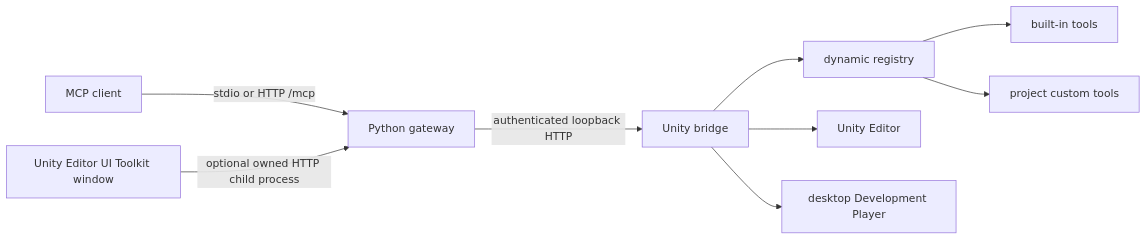
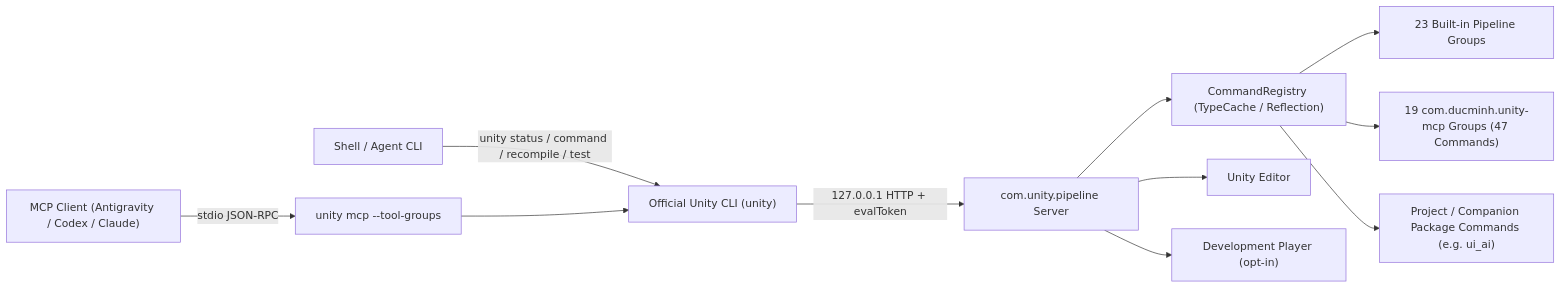
The diagram in docs/architecture.md (ducminh1307/UnityMCP), drawn with Mermaid before and after one commit. The commit also changed other lines of this file and 204 other files, not shown here.

First line of the commit message:
refactor: migrate UnityMCP to Unity Pipeline CLI suite and decouple UI Maker

````diff
--- a/docs/architecture.md
+++ b/docs/architecture.md
@@ -7,11 +9,13 @@
 ```mermaid
 flowchart LR
-    Client["MCP client"] -->|"stdio or HTTP /mcp"| Gateway["Python gateway"]
-    EditorUi["Unity Editor UI Toolkit window"] -->|"optional owned HTTP child process"| Gateway
-    Gateway -->|"authenticated loopback HTTP"| Bridge["Unity bridge"]
-    Bridge --> Registry["dynamic registry"]
-    Registry --> Builtins["built-in tools"]
-    Registry --> Project["project custom tools"]
-    Bridge --> Editor["Unity Editor"]
-    Bridge --> Player["desktop Development Player"]
+    Shell["Shell / Agent CLI"] -->|"unity status / command / recompile / test"| UnityCli["Official Unity CLI (unity)"]
+    McpClient["MCP Client (Antigravity / Codex / Claude)"] -->|"stdio JSON-RPC"| UnityMcp["unity mcp --tool-groups"]
+    UnityMcp --> UnityCli
+    UnityCli -->|"127.0.0.1 HTTP + evalToken"| Pipeline["com.unity.pipeline Server"]
+    Pipeline --> Registry["CommandRegistry (TypeCache / Reflection)"]
+    Registry --> Builtins["23 Built-in Pipeline Groups"]
+    Registry --> Extensions["19 com.ducminh.unity-mcp Groups (47 Commands)"]
+    Registry --> Project["Project / Companion Package Commands (e.g. ui_ai)"]
+    Pipeline --> Editor["Unity Editor"]
+    Pipeline --> Player["Development Player (opt-in)"]
 ```
````
